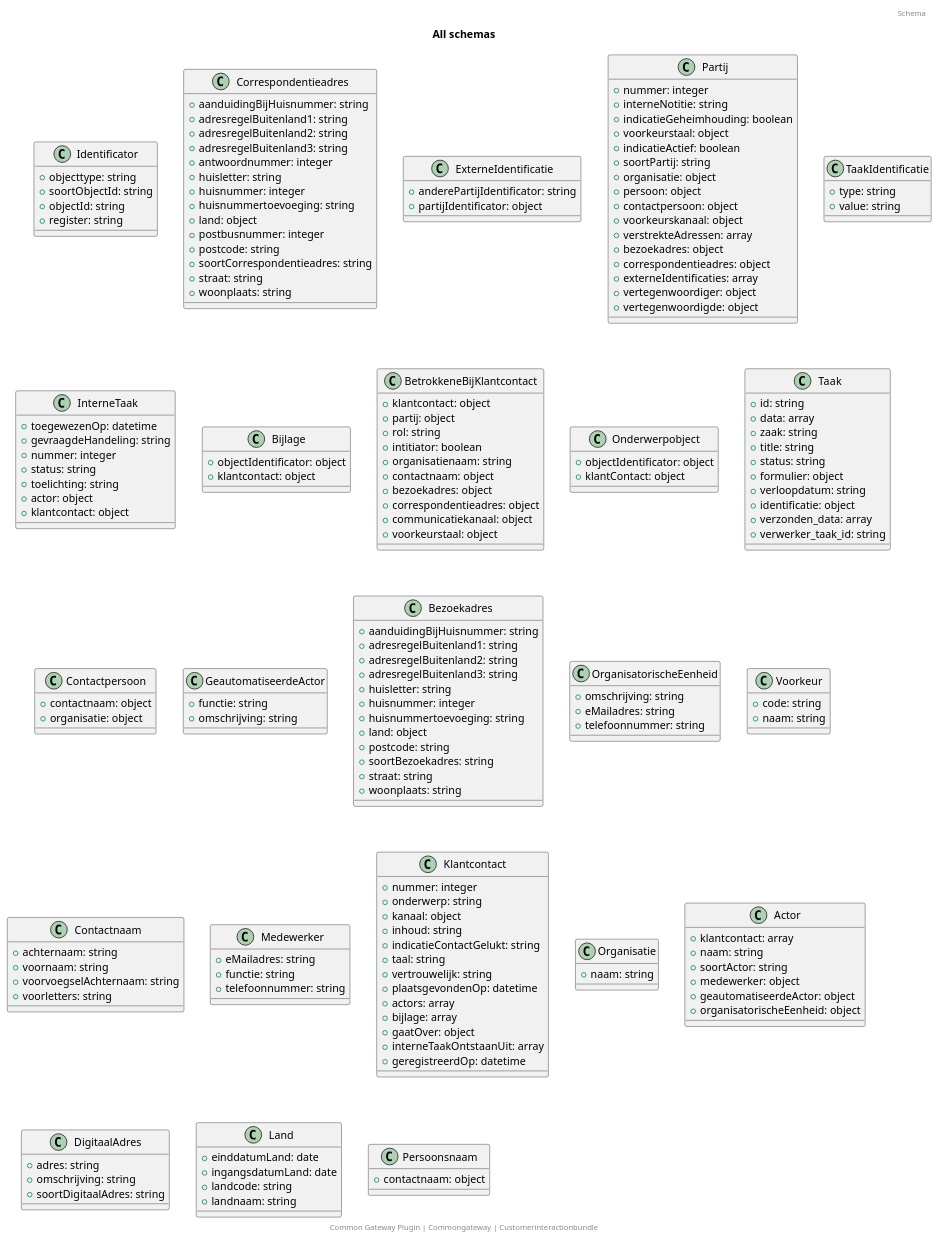
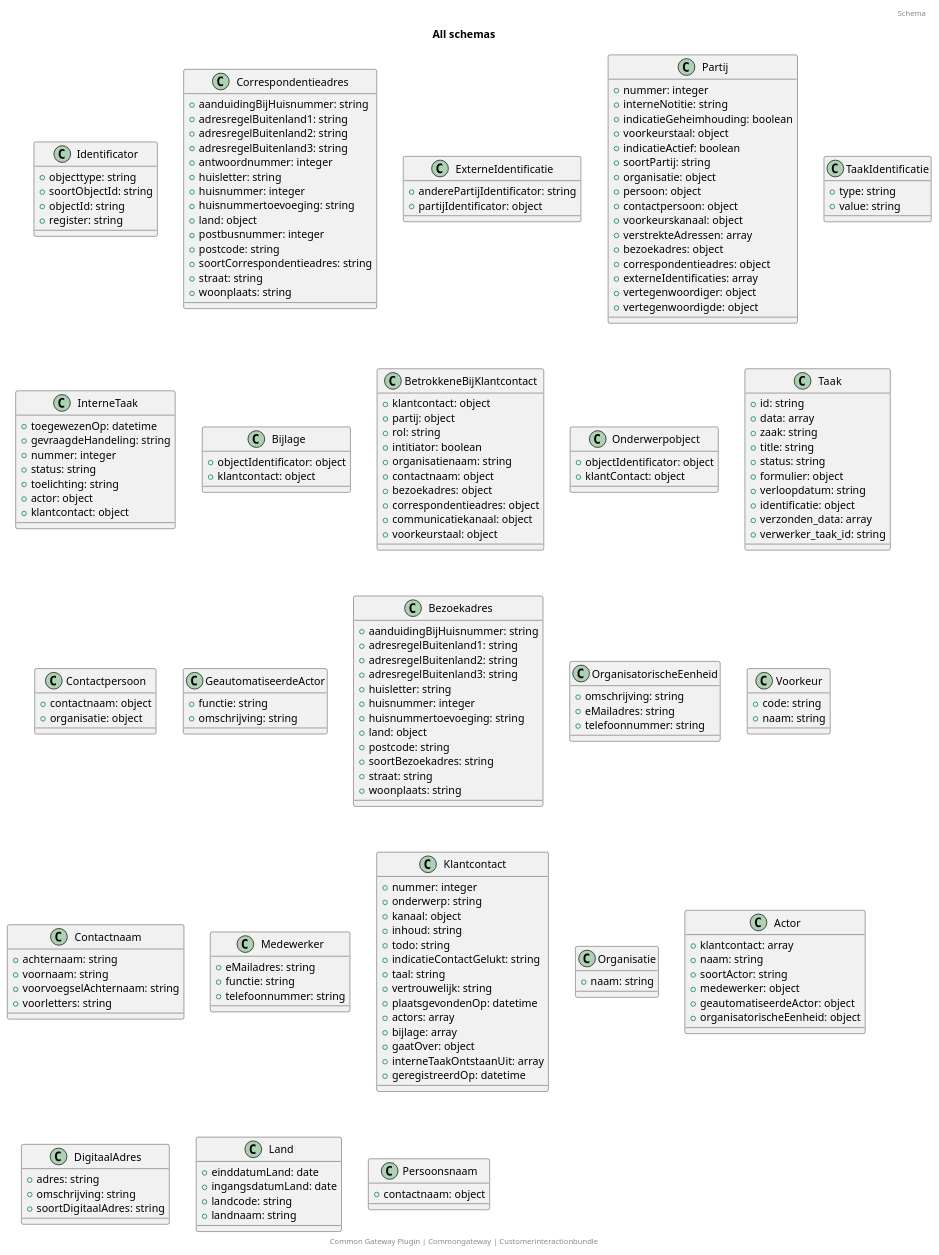
Before and after one commit to CommonGateway/CustomerInteractionBundle: the diagram in docs/schema/all_schema_classes.puml, drawn with PlantUML. The commit also changed 24 other files, not shown here.

```diff
--- a/docs/schema/all_schema_classes.puml
+++ b/docs/schema/all_schema_classes.puml
@@ -1,176 +1,177 @@
 @startuml
 title: All schemas
 footer: Common Gateway Plugin | Commongateway | Customerinteractionbundle 
 header: Schema
 class Identificator {
   + objecttype: string
   + soortObjectId: string
   + objectId: string
   + register: string
 }
 class Correspondentieadres {
   + aanduidingBijHuisnummer: string
   + adresregelBuitenland1: string
   + adresregelBuitenland2: string
   + adresregelBuitenland3: string
   + antwoordnummer: integer
   + huisletter: string
   + huisnummer: integer
   + huisnummertoevoeging: string
   + land: object
   + postbusnummer: integer
   + postcode: string
   + soortCorrespondentieadres: string
   + straat: string
   + woonplaats: string
 }
 class ExterneIdentificatie {
   + anderePartijIdentificator: string
   + partijIdentificator: object
 }
 class Partij {
   + nummer: integer
   + interneNotitie: string
   + indicatieGeheimhouding: boolean
   + voorkeurstaal: object
   + indicatieActief: boolean
   + soortPartij: string
   + organisatie: object
   + persoon: object
   + contactpersoon: object
   + voorkeurskanaal: object
   + verstrekteAdressen: array
   + bezoekadres: object
   + correspondentieadres: object
   + externeIdentificaties: array
   + vertegenwoordiger: object
   + vertegenwoordigde: object
 }
 class TaakIdentificatie {
   + type: string
   + value: string
 }
 class InterneTaak {
   + toegewezenOp: datetime
   + gevraagdeHandeling: string
   + nummer: integer
   + status: string
   + toelichting: string
   + actor: object
   + klantcontact: object
 }
 class Bijlage {
   + objectIdentificator: object
   + klantcontact: object
 }
 class BetrokkeneBijKlantcontact {
   + klantcontact: object
   + partij: object
   + rol: string
   + intitiator: boolean
   + organisatienaam: string
   + contactnaam: object
   + bezoekadres: object
   + correspondentieadres: object
   + communicatiekanaal: object
   + voorkeurstaal: object
 }
 class Onderwerpobject {
   + objectIdentificator: object
   + klantContact: object
 }
 class Taak {
   + id: string
   + data: array
   + zaak: string
   + title: string
   + status: string
   + formulier: object
   + verloopdatum: string
   + identificatie: object
   + verzonden_data: array
   + verwerker_taak_id: string
 }
 class Contactpersoon {
   + contactnaam: object
   + organisatie: object
 }
 class GeautomatiseerdeActor {
   + functie: string
   + omschrijving: string
 }
 class Bezoekadres {
   + aanduidingBijHuisnummer: string
   + adresregelBuitenland1: string
   + adresregelBuitenland2: string
   + adresregelBuitenland3: string
   + huisletter: string
   + huisnummer: integer
   + huisnummertoevoeging: string
   + land: object
   + postcode: string
   + soortBezoekadres: string
   + straat: string
   + woonplaats: string
 }
 class OrganisatorischeEenheid {
   + omschrijving: string
   + eMailadres: string
   + telefoonnummer: string
 }
 class Voorkeur {
   + code: string
   + naam: string
 }
 class Contactnaam {
   + achternaam: string
   + voornaam: string
   + voorvoegselAchternaam: string
   + voorletters: string
 }
 class Medewerker {
   + eMailadres: string
   + functie: string
   + telefoonnummer: string
 }
 class Klantcontact {
   + nummer: integer
   + onderwerp: string
   + kanaal: object
   + inhoud: string
+  + todo: string
   + indicatieContactGelukt: string
   + taal: string
   + vertrouwelijk: string
   + plaatsgevondenOp: datetime
   + actors: array
   + bijlage: array
   + gaatOver: object
   + interneTaakOntstaanUit: array
   + geregistreerdOp: datetime
 }
 class Organisatie {
   + naam: string
 }
 class Actor {
   + klantcontact: array
   + naam: string
   + soortActor: string
   + medewerker: object
   + geautomatiseerdeActor: object
   + organisatorischeEenheid: object
 }
 class DigitaalAdres {
   + adres: string
   + omschrijving: string
   + soortDigitaalAdres: string
 }
 class Land {
   + einddatumLand: date
   + ingangsdatumLand: date
   + landcode: string
   + landnaam: string
 }
 class Persoonsnaam {
   + contactnaam: object
 }
 @enduml
```
